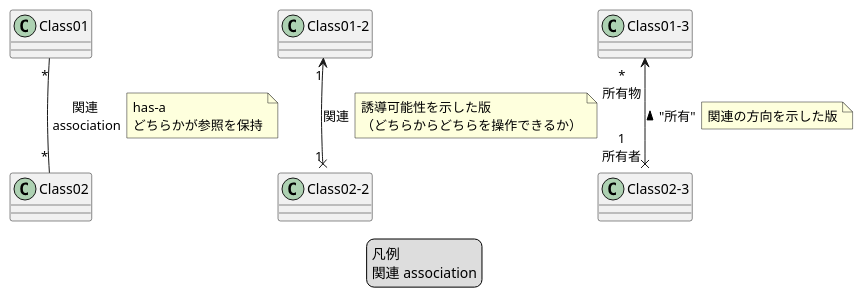
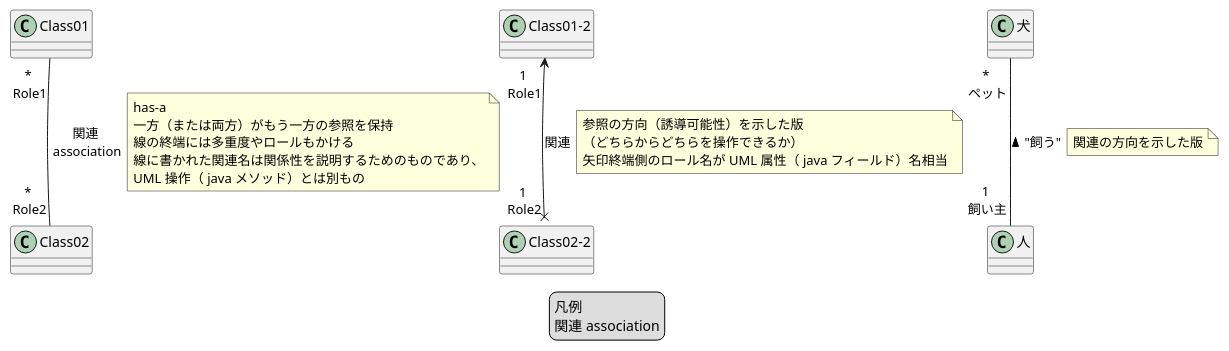
One commit to peregrin8alde/learn-ossdb-gold changed the diagram in site/content/ja/docs/Appendix/uml/class/puml/legend/classe-legend-association.puml. Above: the diagram before and after it, drawn with PlantUML. The commit also changed 6 other files, not shown here.

```diff
--- a/site/content/ja/docs/Appendix/uml/class/puml/legend/classe-legend-association.puml
+++ b/site/content/ja/docs/Appendix/uml/class/puml/legend/classe-legend-association.puml
@@ -1,32 +1,36 @@
 @startuml
 /'
-"Class01" "*" -- "*" "Class02" : "関連\n association"
+"Class01" "*\n Role1" -- "*\n Role2" "Class02" : "関連\n association"
 '/
 legend
 凡例
 関連 association
 endlegend
 
-"Class01" "*" -- "*" "Class02" : "関連\n association"
-note right on link
-has-a
-どちらかが参照を保持
-end note
-
-"Class01-2" "1" <--x "1" "Class02-2" : "関連"
-note right on link
-誘導可能性を示した版
-（どちらからどちらを操作できるか）
-end note
-
 /'
 plantuml では多重度とロールを分ける記法がないため、うまいこと書くしかない
 * は書く場所によってはエスケープが必要
 '/
-"Class01-3" "*\n所有物" <--x "1\n所有者" "Class02-3" : < "所有"
+"Class01" "*\n Role1" -- "*\n Role2" "Class02" : "関連\n association"
+note right on link
+has-a
+一方（または両方）がもう一方の参照を保持
+線の終端には多重度やロールもかける
+線に書かれた関連名は関係性を説明するためのものであり、
+UML 操作（ java メソッド）とは別もの
+end note
+
+"Class01-2" "1\n Role1" <--x "1\n Role2" "Class02-2" : "関連"
+note right on link
+参照の方向（誘導可能性）を示した版
+（どちらからどちらを操作できるか）
+矢印終端側のロール名が UML 属性（ java フィールド）名相当
+end note
+
+"犬" "*\n ペット" -- "1\n 飼い主" "人" : < "飼う"
 note right on link
 関連の方向を示した版
 end note
 
 
 @enduml
```
